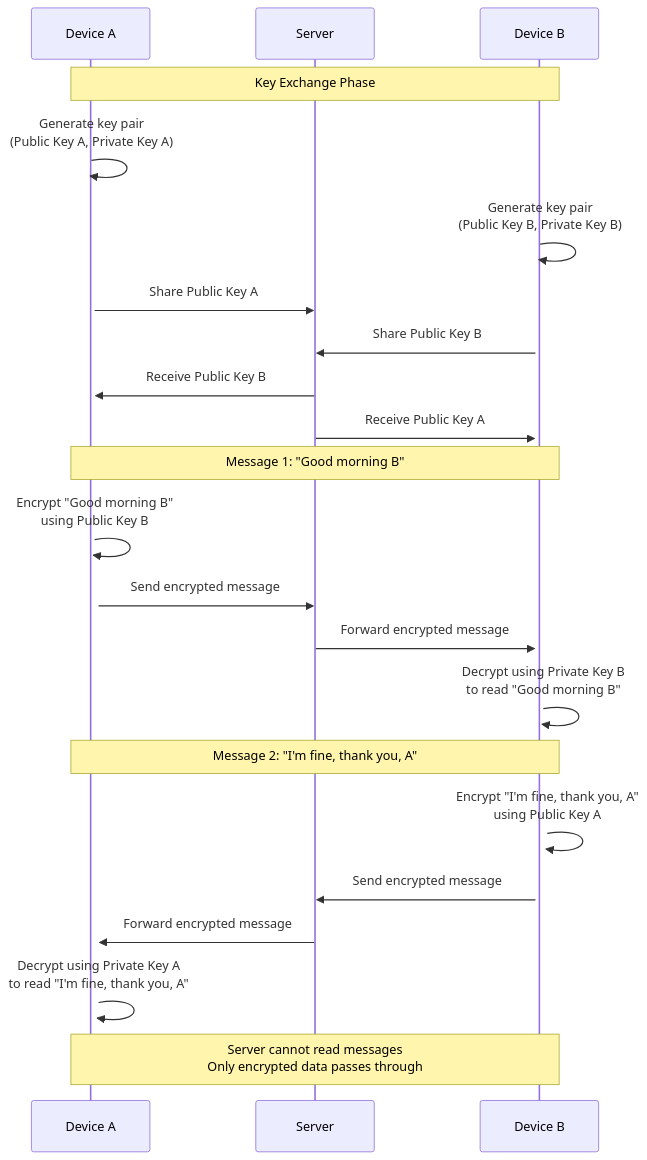
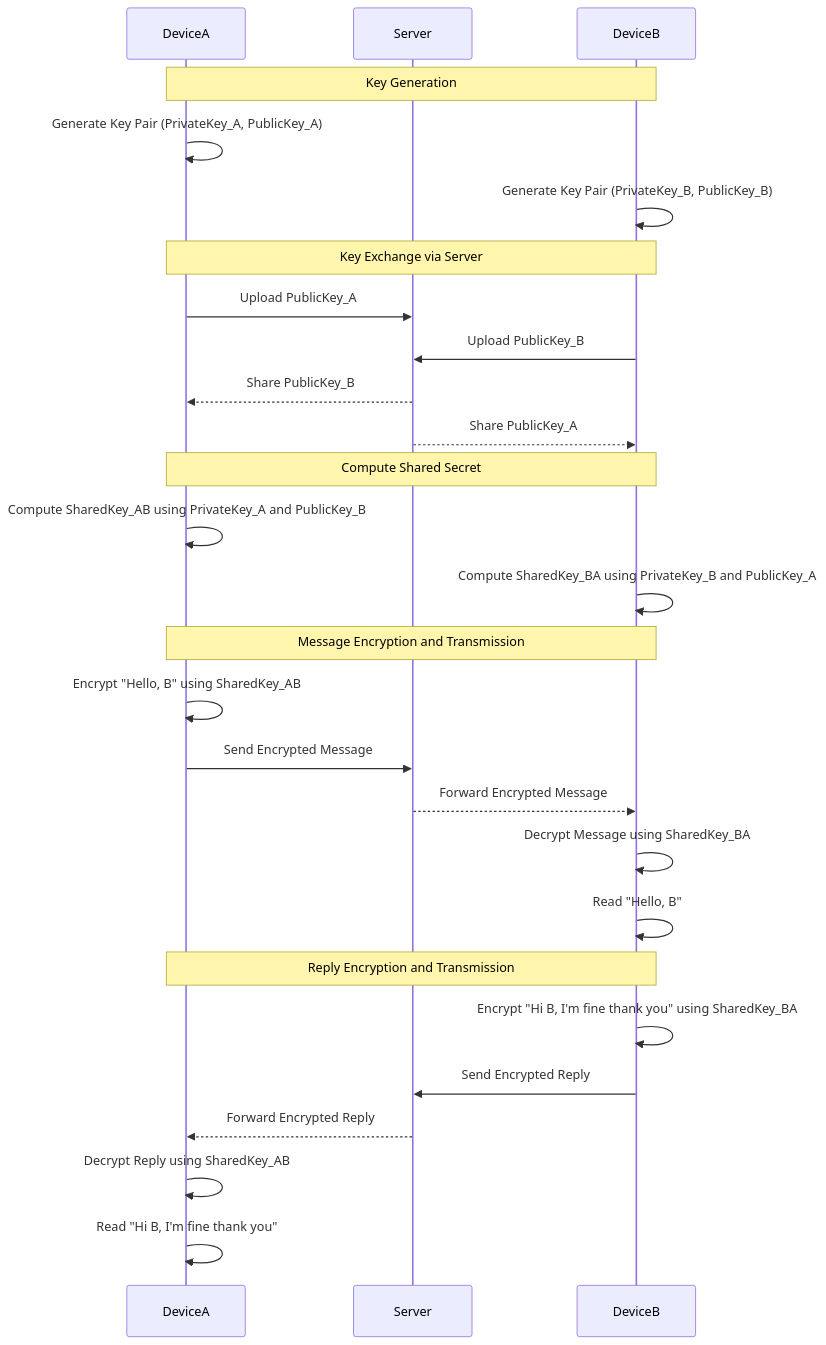
Before and after one commit to freesuraj/freesuraj.github.io: the diagram in _posts/2025-02-21-endtoendencryption.md, drawn with Mermaid. The commit also changed 2 other files, not shown here.

Commit message:
update the sequence diagram

```diff
--- a/_posts/2025-02-21-endtoendencryption.md
+++ b/_posts/2025-02-21-endtoendencryption.md
@@ -34,28 +34,34 @@
 <pre class="mermaid">
     sequenceDiagram
-        participant A as Device A
-        participant S as Server
-        participant B as Device B
+        participant DeviceA
+        participant Server
+        participant DeviceB
 
-        Note over A,B: Key Exchange Phase
-        A->>+A: Generate key pair<br/>(Public Key A, Private Key A)
-        B->>+B: Generate key pair<br/>(Public Key B, Private Key B)
-        A->>S: Share Public Key A
-        B->>S: Share Public Key B
-        S->>A: Receive Public Key B
-        S->>B: Receive Public Key A
+        Note over DeviceA,DeviceB: Key Generation
+        DeviceA->>DeviceA: Generate Key Pair (PrivateKey_A, PublicKey_A)
+        DeviceB->>DeviceB: Generate Key Pair (PrivateKey_B, PublicKey_B)
 
-        Note over A,B: Message 1: "Good morning B"
-        A->>+A: Encrypt "Good morning B"<br/>using Public Key B
-        A->>S: Send encrypted message
-        S->>B: Forward encrypted message
-        B->>+B: Decrypt using Private Key B<br/>to read "Good morning B"
+        Note over DeviceA,DeviceB: Key Exchange via Server
+        DeviceA->>Server: Upload PublicKey_A
+        DeviceB->>Server: Upload PublicKey_B
+        Server-->>DeviceA: Share PublicKey_B
+        Server-->>DeviceB: Share PublicKey_A
 
-        Note over A,B: Message 2: "I'm fine, thank you, A"
-        B->>+B: Encrypt "I'm fine, thank you, A"<br/>using Public Key A
-        B->>S: Send encrypted message
-        S->>A: Forward encrypted message
-        A->>+A: Decrypt using Private Key A<br/>to read "I'm fine, thank you, A"
+        Note over DeviceA,DeviceB: Compute Shared Secret
+        DeviceA->>DeviceA: Compute SharedKey_AB using PrivateKey_A and PublicKey_B
+        DeviceB->>DeviceB: Compute SharedKey_BA using PrivateKey_B and PublicKey_A
 
-        Note over A,B: Server cannot read messages<br/>Only encrypted data passes through
+        Note over DeviceA,DeviceB: Message Encryption and Transmission
+        DeviceA->>DeviceA: Encrypt "Hello, B" using SharedKey_AB
+        DeviceA->>Server: Send Encrypted Message
+        Server-->>DeviceB: Forward Encrypted Message
+        DeviceB->>DeviceB: Decrypt Message using SharedKey_BA
+        DeviceB->>DeviceB: Read "Hello, B"
+
+        Note over DeviceA,DeviceB: Reply Encryption and Transmission
+        DeviceB->>DeviceB: Encrypt "Hi B, I'm fine thank you" using SharedKey_BA
+        DeviceB->>Server: Send Encrypted Reply
+        Server-->>DeviceA: Forward Encrypted Reply
+        DeviceA->>DeviceA: Decrypt Reply using SharedKey_AB
+        DeviceA->>DeviceA: Read "Hi B, I'm fine thank you"
 </pre>
```
